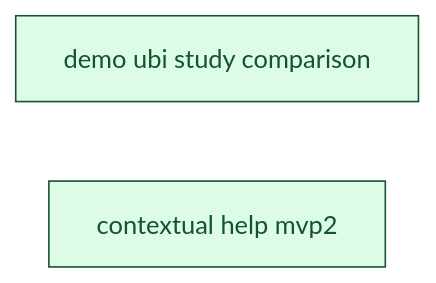
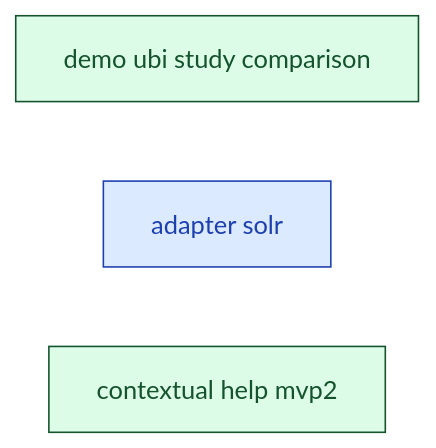
Before and after one commit to SoundMindsAI/relyloop: the diagram in docs/00_overview/MVP2_DASHBOARD.md, drawn with Mermaid. The commit also changed other lines of this file and 5 other files, not shown here.

First line of the commit message:
docs(solr): generate feature_spec.md via /spec-gen (GPT-5.5 converged at cycle 3)

````diff
--- a/docs/00_overview/MVP2_DASHBOARD.md
+++ b/docs/00_overview/MVP2_DASHBOARD.md
@@ -75,12 +82,14 @@
 ```mermaid
 graph LR
   classDef done fill:#dcfce7,stroke:#14532d,color:#14532d;
   classDef implement fill:#ffedd5,stroke:#9a3412,color:#9a3412;
   classDef plan fill:#fef9c3,stroke:#854d0e,color:#854d0e;
   classDef spec fill:#dbeafe,stroke:#1e40af,color:#1e40af;
   classDef idea fill:#f1f5f9,stroke:#334155,color:#334155;
   feat_demo_ubi_study_comparison["demo ubi study comparison"]
   class feat_demo_ubi_study_comparison done;
+  infra_adapter_solr["adapter solr"]
+  class infra_adapter_solr spec;
   feat_contextual_help_mvp2["contextual help mvp2"]
   class feat_contextual_help_mvp2 done;
 ```
````
